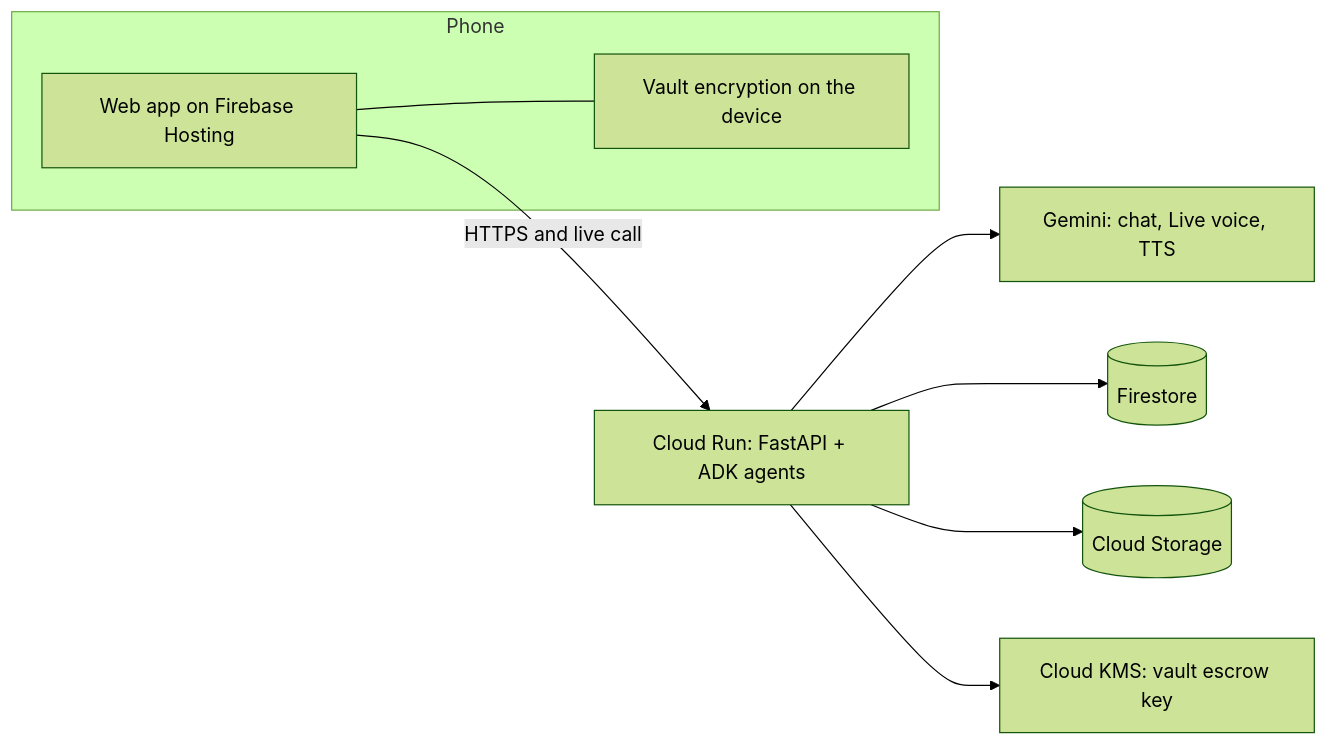
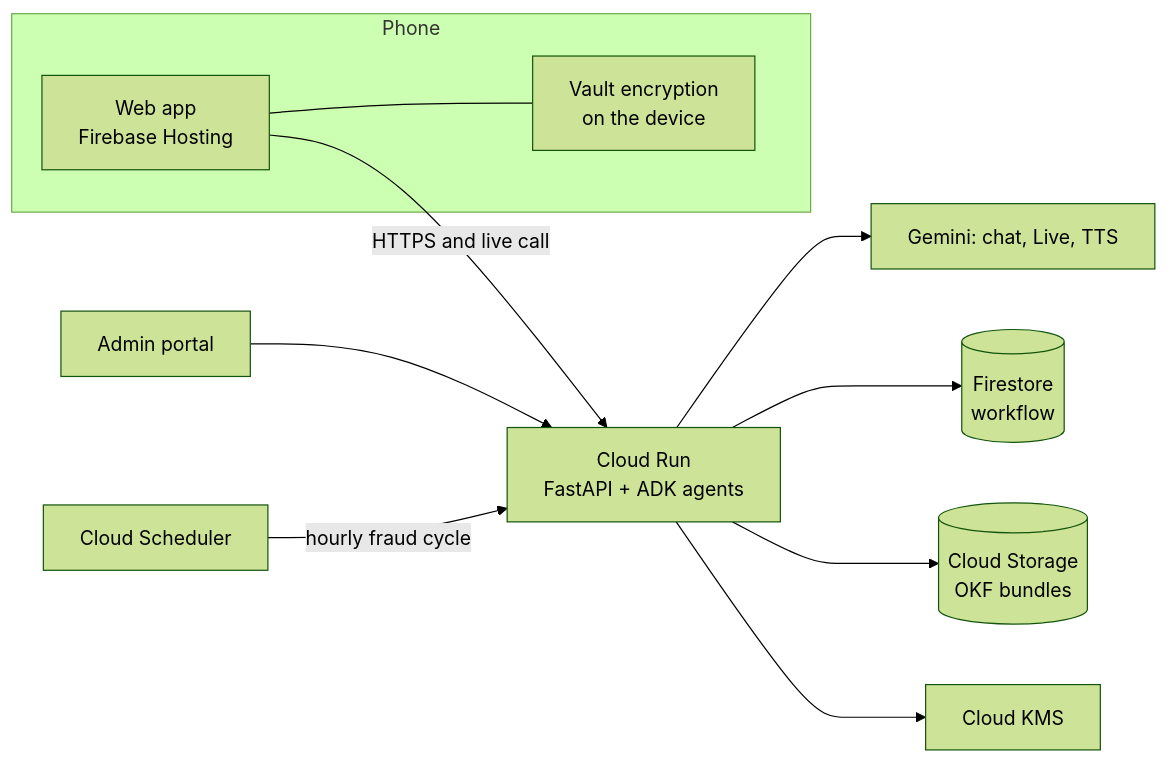
Before and after one commit to sachiachar/anvaya: the diagram in README.md, drawn with Mermaid (forest theme). The commit also changed other lines of this file, not shown here.

````diff
--- a/README.md
+++ b/README.md
@@ -190,13 +91,15 @@
 ```mermaid
 flowchart LR
     subgraph phone ["Phone"]
-        app["Web app on Firebase Hosting"]
-        crypto["Vault encryption on the device"]
+        app["Web app<br/>Firebase Hosting"]
+        crypto["Vault encryption<br/>on the device"]
     end
-    app -->|"HTTPS and live call"| api["Cloud Run: FastAPI + ADK agents"]
     app --- crypto
-    api --> gemini["Gemini: chat, Live voice, TTS"]
-    api --> firestore[("Firestore")]
-    api --> storage[("Cloud Storage")]
-    api --> kms["Cloud KMS: vault escrow key"]
+    app -->|"HTTPS and live call"| api["Cloud Run<br/>FastAPI + ADK agents"]
+    portal["Admin portal"] --> api
+    sched["Cloud Scheduler"] -->|"hourly fraud cycle"| api
+    api --> gemini["Gemini: chat, Live, TTS"]
+    api --> firestore[("Firestore<br/>workflow")]
+    api --> storage[("Cloud Storage<br/>OKF bundles")]
+    api --> kms["Cloud KMS"]
 ```
````
